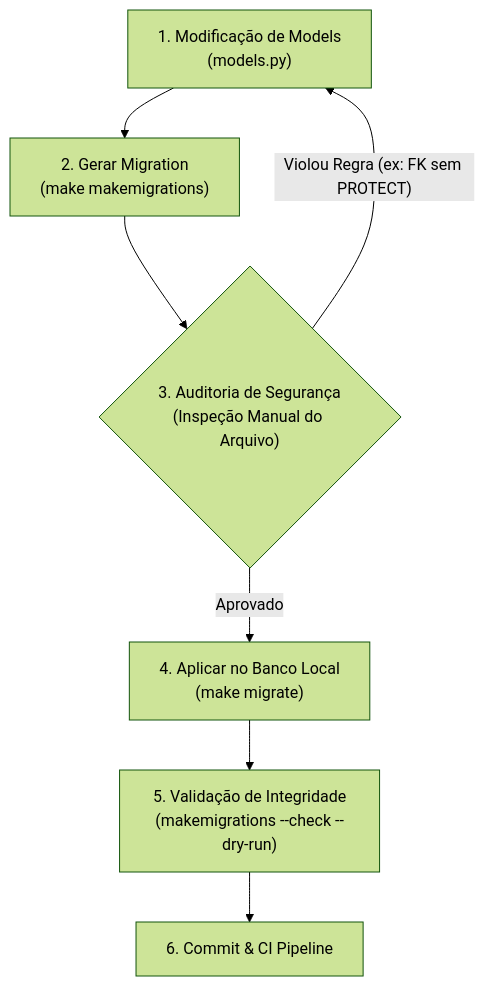
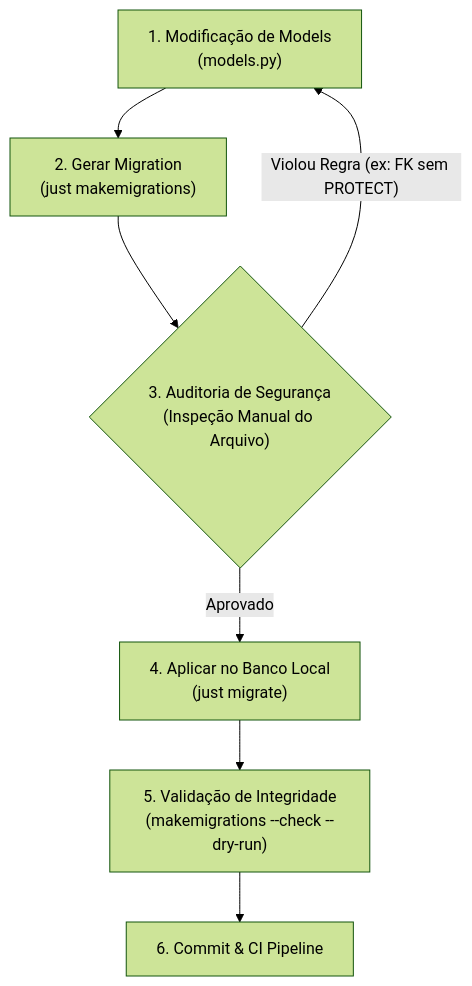
One commit to Rafaelp122/wedding_management changed the diagram in docs/guides/dev-environment/database-migrations.md. Above: the diagram before and after it, drawn with Mermaid (forest theme). The commit also changed other lines of this file and 34 other files, not shown here.

````diff
--- a/docs/guides/dev-environment/database-migrations.md
+++ b/docs/guides/dev-environment/database-migrations.md
@@ -12,9 +12,9 @@
 ```mermaid
 flowchart TD
-    A["1. Modificação de Models<br/>(models.py)"] --> B["2. Gerar Migration<br/>(make makemigrations)"]
+    A["1. Modificação de Models<br/>(models.py)"] --> B["2. Gerar Migration<br/>(just makemigrations)"]
     B --> C{"3. Auditoria de Segurança<br/>(Inspeção Manual do Arquivo)"}
     C -- "Violou Regra (ex: FK sem PROTECT)" --> A
-    C -- "Aprovado" --> D["4. Aplicar no Banco Local<br/>(make migrate)"]
+    C -- "Aprovado" --> D["4. Aplicar no Banco Local<br/>(just migrate)"]
     D --> E["5. Validação de Integridade<br/>(makemigrations --check --dry-run)"]
     E --> F["6. Commit & CI Pipeline"]
 ```
````
